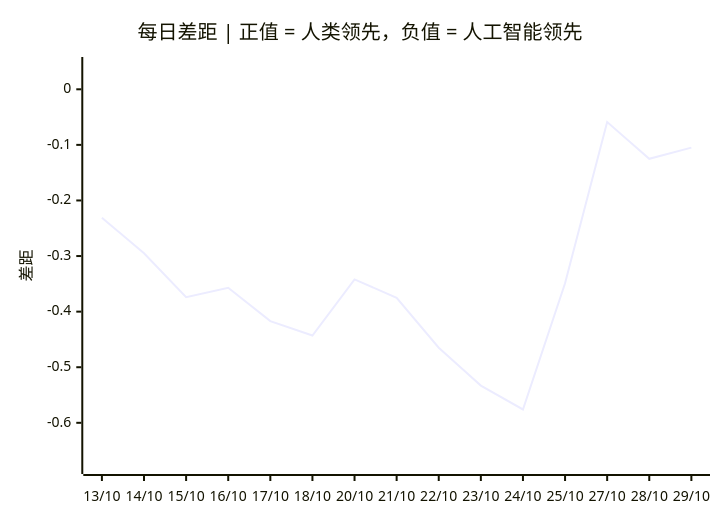
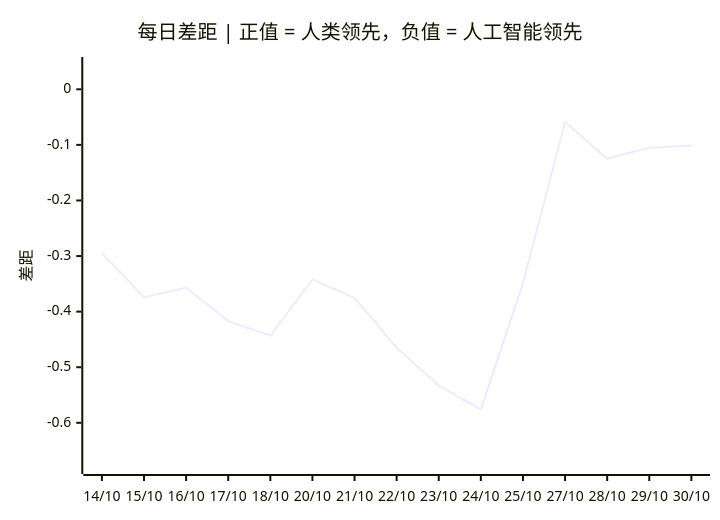
One commit to VQQLK/Human-AI-Monitor changed the third of 3 diagrams in README.zh.md. Above: the diagram before and after it, drawn with Mermaid. The commit also changed other lines of this file and 3 other files, not shown here.

````diff
--- a/README.zh.md
+++ b/README.zh.md
@@ -56,7 +56,7 @@
 ```mermaid
 xychart-beta
     title "每日差距 | 正值 = 人类领先，负值 = 人工智能领先"
-    x-axis ["13/10", "14/10", "15/10", "16/10", "17/10", "18/10", "20/10", "21/10", "22/10", "23/10", "24/10", "25/10", "27/10", "28/10", "29/10"]
+    x-axis ["14/10", "15/10", "16/10", "17/10", "18/10", "20/10", "21/10", "22/10", "23/10", "24/10", "25/10", "27/10", "28/10", "29/10", "30/10"]
     y-axis "差距" -0.675 --> 0.041
-    line [-0.231, -0.295, -0.374, -0.357, -0.417, -0.443, -0.342, -0.375, -0.465, -0.533, -0.576, -0.349, -0.059, -0.125, -0.105]
+    line [-0.295, -0.374, -0.357, -0.417, -0.443, -0.342, -0.375, -0.465, -0.533, -0.576, -0.349, -0.059, -0.125, -0.105, -0.101]
 ```
````
